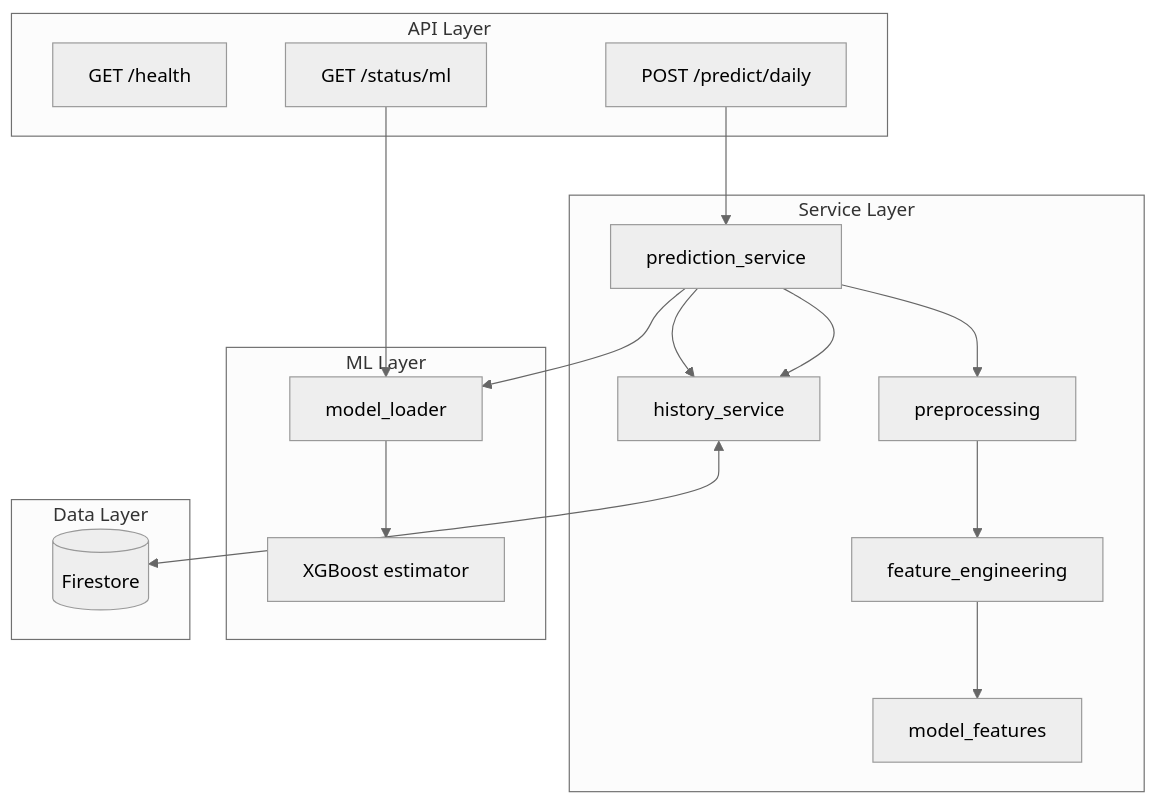
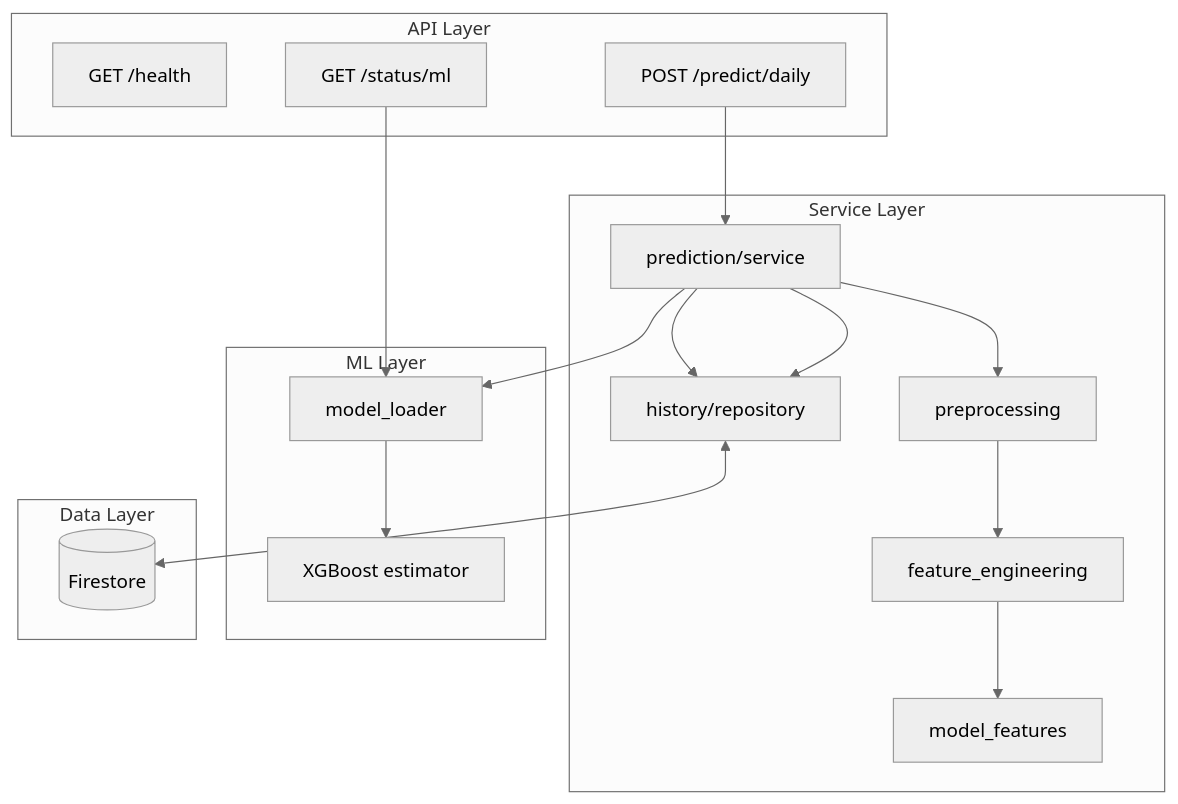
Before and after one commit to yahav97/final_project_AthleAgent: the second of 6 diagrams in backend/docs/HLD.md, drawn with Mermaid (neutral theme). The commit also changed other lines of this file and 25 other files, not shown here.

First line of the commit message:
Refactor service structure and enhance data handling in prediction logic

````diff
--- a/backend/docs/HLD.md
+++ b/backend/docs/HLD.md
@@ -51,36 +51,36 @@
 ```mermaid
 flowchart TB
     subgraph HTTP["API Layer"]
         Health["GET /health"]
         Predict["POST /predict/daily"]
         Status["GET /status/ml"]
     end
 
     subgraph Services["Service Layer"]
-        PS[prediction_service]
-        HS[history_service]
+        PS[prediction/service]
+        HS[history/repository]
         PP[preprocessing]
         FE[feature_engineering]
         MF[model_features]
     end
 
     subgraph ML["ML Layer"]
         ML_L[model_loader]
         XGB[XGBoost estimator]
     end
 
     subgraph Data["Data Layer"]
         FS[(Firestore)]
     end
 
     Predict --> PS
     PS --> HS
     PS --> PP
     PP --> FE
     FE --> MF
     PS --> ML_L
     ML_L --> XGB
     HS <--> FS
     PS --> HS
     Status --> ML_L
 ```
````
